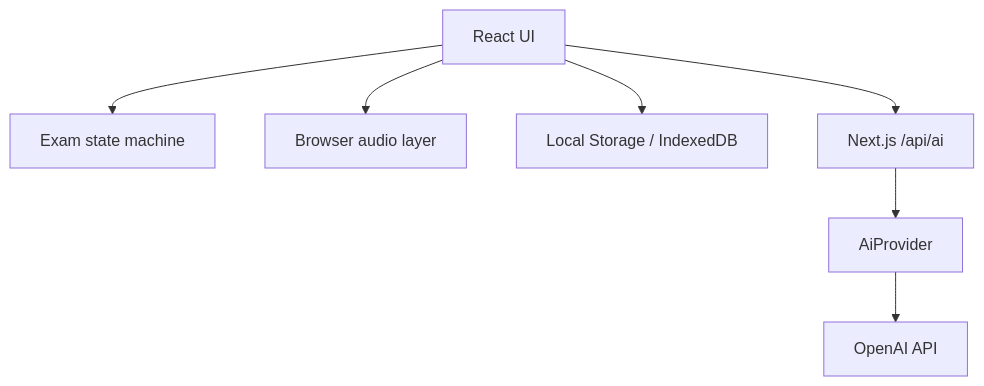
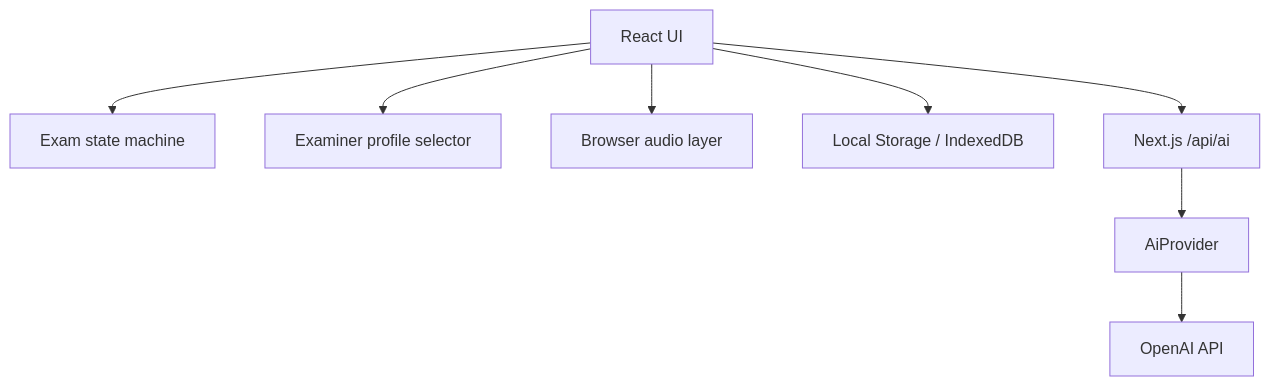
One commit to vienna0619-sys/ielts-speaking-studio changed the first of 2 diagrams in docs/ARCHITECTURE.md. Above: the diagram before and after it, drawn with Mermaid. The commit also changed other lines of this file and 16 other files, not shown here.

````diff
--- a/docs/ARCHITECTURE.md
+++ b/docs/ARCHITECTURE.md
@@ -7,9 +7,10 @@
 ```mermaid
 flowchart TD
   UI[React UI] --> SM[Exam state machine]
+  UI --> Profile[Examiner profile selector]
   UI --> Audio[Browser audio layer]
   UI --> Store[Local Storage / IndexedDB]
   UI --> Route[Next.js /api/ai]
   Route --> Provider[AiProvider]
   Provider --> OpenAI[OpenAI API]
 ```
````
